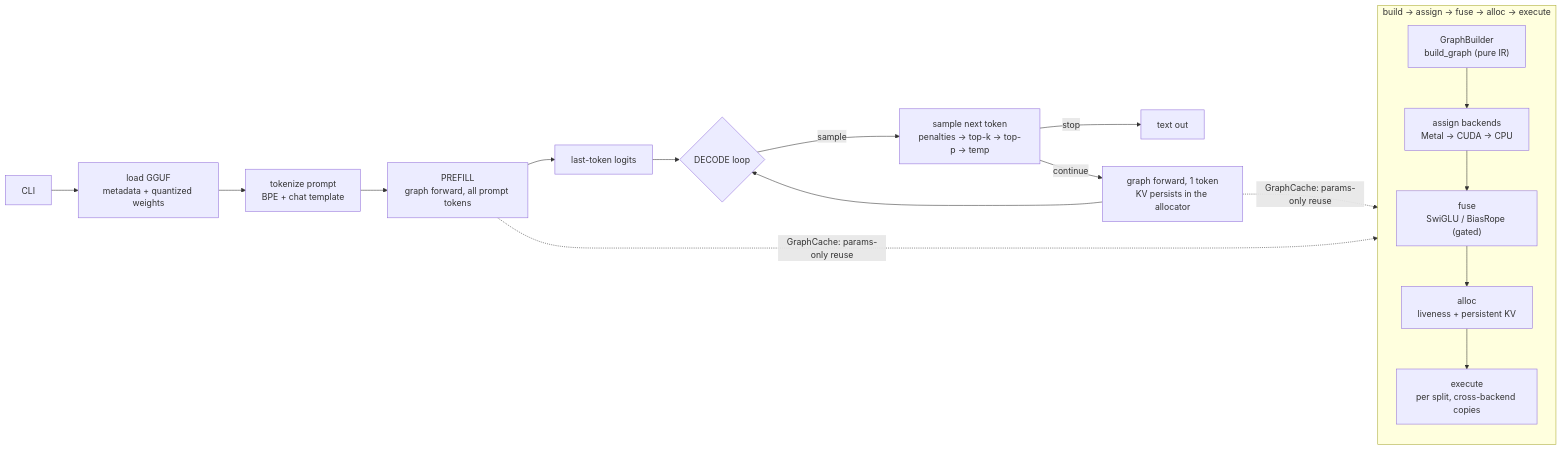
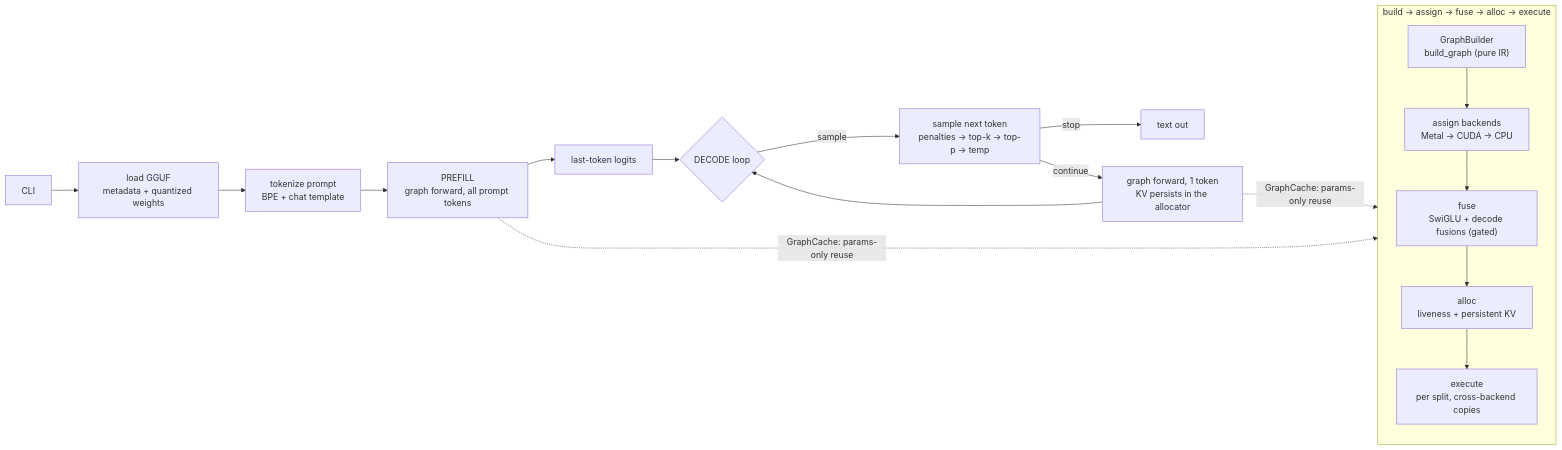
The diagram in README.md (yusiwen/minfer), drawn with Mermaid before and after one commit. The commit also changed 9 other files, not shown here.

First line of the commit message:
docs: expand architecture and model support roadmaps

````diff
--- a/README.md
+++ b/README.md
@@ -84,22 +84,22 @@
 ```mermaid
 flowchart LR
     subgraph GRAPH["build → assign → fuse → alloc → execute"]
         B1["GraphBuilder<br/>build_graph (pure IR)"] --> B2["assign backends<br/>Metal → CUDA → CPU"]
-        B2 --> B3["fuse<br/>SwiGLU / BiasRope (gated)"]
+        B2 --> B3["fuse<br/>SwiGLU + decode fusions (gated)"]
         B3 --> B4["alloc<br/>liveness + persistent KV"]
         B4 --> B5["execute<br/>per split, cross-backend copies"]
     end
 
     A["CLI"] --> L["load GGUF<br/>metadata + quantized weights"]
     L --> C["tokenize prompt<br/>BPE + chat template"]
     C --> D["PREFILL<br/>graph forward, all prompt tokens"]
     D --> E["last-token logits"]
     E --> F{"DECODE loop"}
     F -->|sample| G["sample next token<br/>penalties → top-k → top-p → temp"]
     G -->|stop| H["text out"]
     G -->|continue| I["graph forward, 1 token<br/>KV persists in the allocator"]
     I --> F
 
     D -.->|"GraphCache: params-only reuse"| GRAPH
     I -.->|"GraphCache: params-only reuse"| GRAPH
 ```
````
